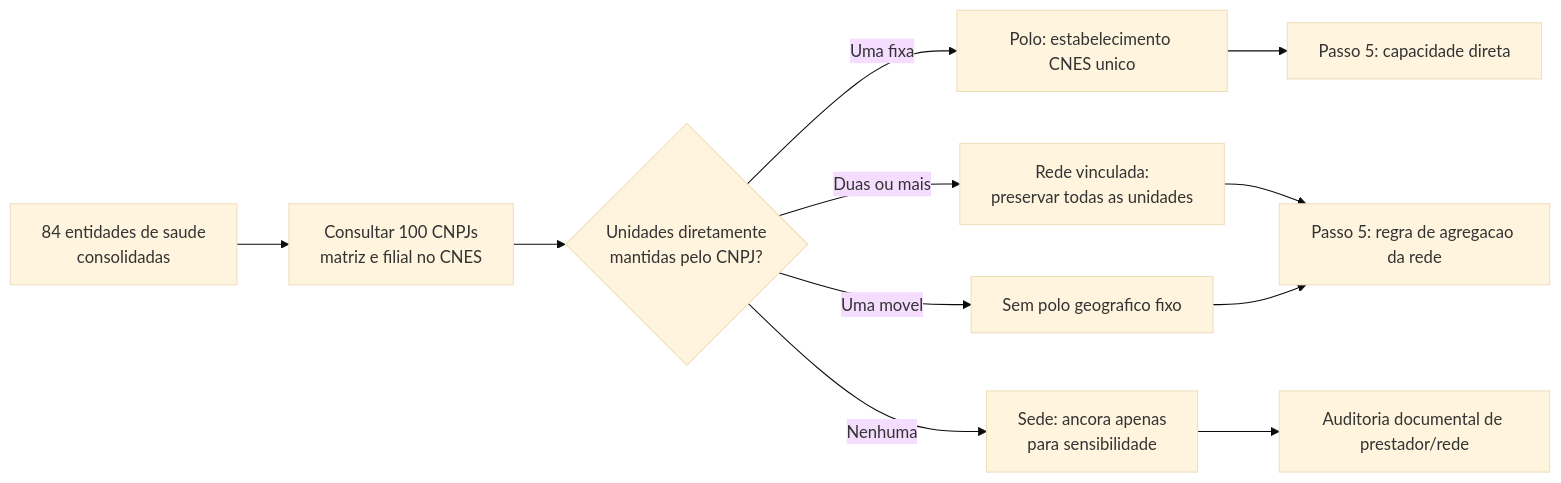
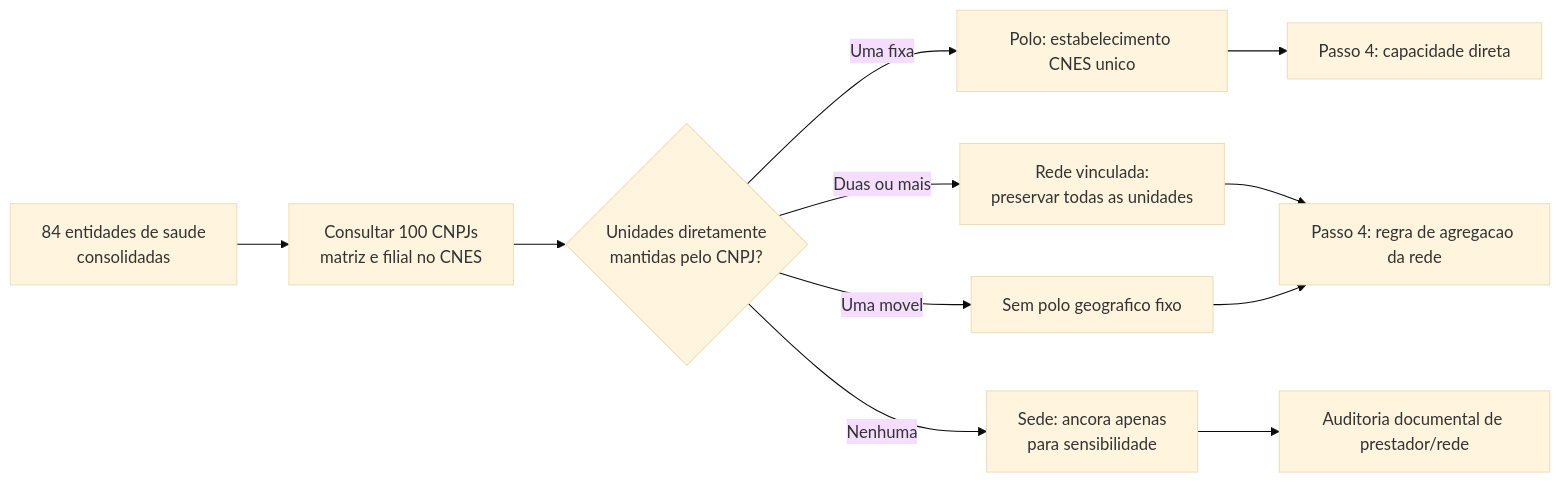
Before and after one commit to driano1221/consorcios-mg-dados-territorio: the third of 4 diagrams in analises/modelo_gravitacional_saude/METODOLOGIA_PASSOS_1_2.md, drawn with Mermaid (base theme). The commit also changed other lines of this file and 11 other files, not shown here.

````diff
--- a/analises/modelo_gravitacional_saude/METODOLOGIA_PASSOS_1_2.md
+++ b/analises/modelo_gravitacional_saude/METODOLOGIA_PASSOS_1_2.md
@@ -216,13 +219,13 @@
 ```mermaid
 flowchart LR
     A["84 entidades de saude<br/>consolidadas"] --> B["Consultar 100 CNPJs<br/>matriz e filial no CNES"]
     B --> C{"Unidades diretamente<br/>mantidas pelo CNPJ?"}
     C -->|"Uma fixa"| D["Polo: estabelecimento CNES unico"]
     C -->|"Duas ou mais"| E["Rede vinculada:<br/>preservar todas as unidades"]
     C -->|"Uma movel"| F["Sem polo geografico fixo"]
     C -->|"Nenhuma"| G["Sede: ancora apenas<br/>para sensibilidade"]
-    D --> H["Passo 5: capacidade direta"]
-    E --> I["Passo 5: regra de agregacao da rede"]
+    D --> H["Passo 4: capacidade direta"]
+    E --> I["Passo 4: regra de agregacao da rede"]
     F --> I
     G --> J["Auditoria documental de prestador/rede"]
 ```
````
